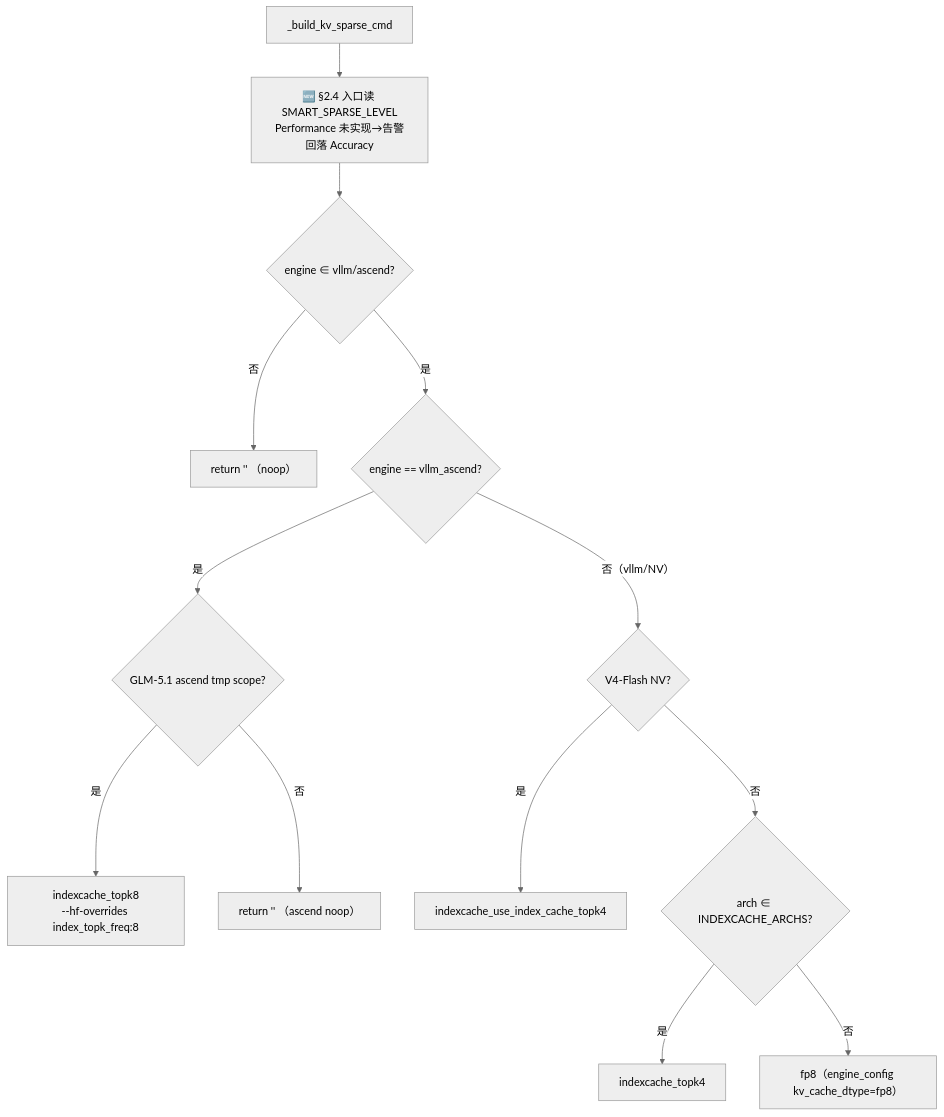
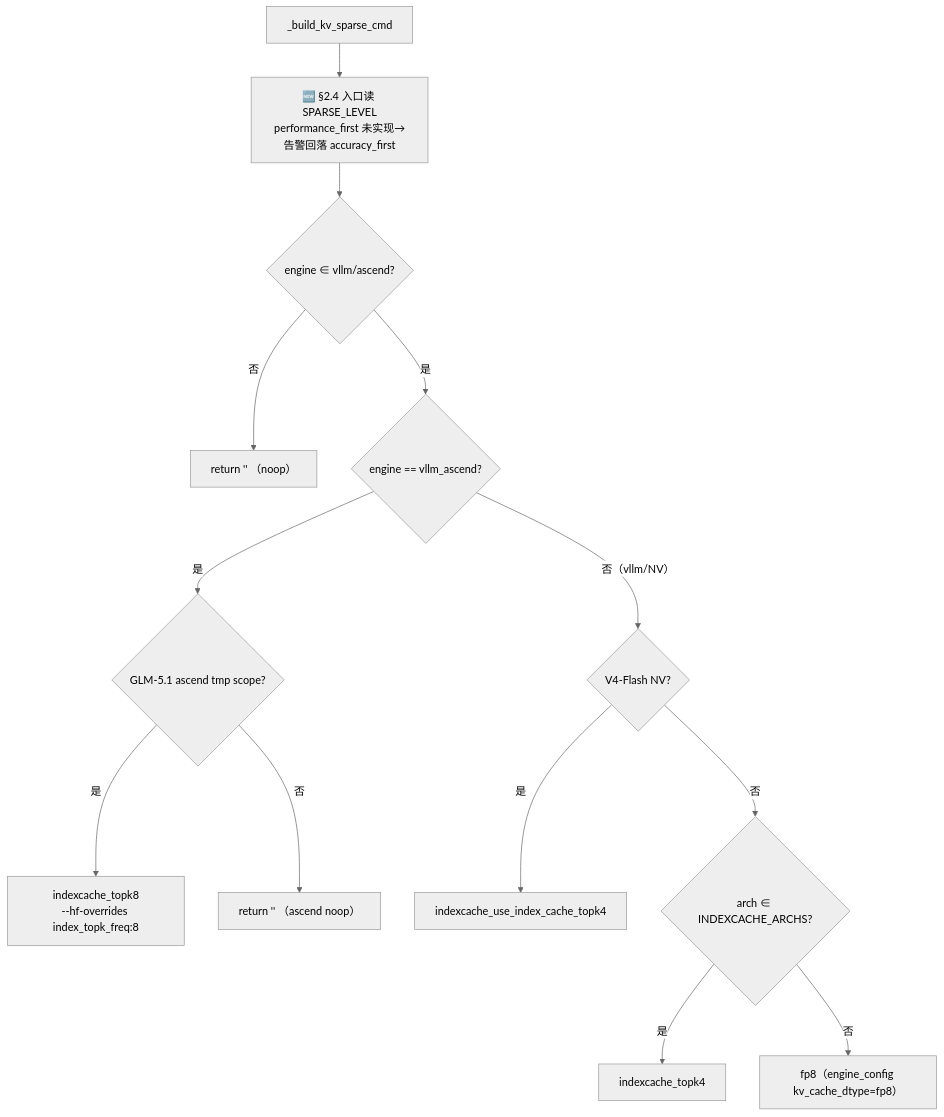
Before and after one commit to thegodloy-jpg/wings-control: the fourth of 20 diagrams in xuqiu/smart/需求一-三特性使能.md, drawn with Mermaid (neutral theme). The commit also changed other lines of this file, not shown here.

First line of the commit message:
docs(smart): 折叠评审批注定稿 SPARSE_LEVEL + auto 不下发 + C4 线性容量公式

````diff
--- a/xuqiu/smart/需求一-三特性使能.md
+++ b/xuqiu/smart/需求一-三特性使能.md
@@ -511,15 +510,15 @@
 ```mermaid
 flowchart TD
-  A["_build_kv_sparse_cmd"] --> S["🆕 §2.4 入口读 SMART_SPARSE_LEVEL<br/>Performance 未实现→告警回落 Accuracy"]
+  A["_build_kv_sparse_cmd"] --> S["🆕 §2.4 入口读 SPARSE_LEVEL<br/>performance_first 未实现→告警回落 accuracy_first"]
   S --> B{"engine ∈ vllm/ascend?"}
   B -- 否 --> R0["return '' （noop）"]
   B -- 是 --> C{"engine == vllm_ascend?"}
   C -- 是 --> D{"GLM-5.1 ascend tmp scope?"}
   D -- 是 --> Rg["indexcache_topk8<br/>--hf-overrides index_topk_freq:8"]
   D -- 否 --> Rn["return '' （ascend noop）"]
   C -- 否（vllm/NV） --> E{"V4-Flash NV?"}
   E -- 是 --> Rv["indexcache_use_index_cache_topk4"]
   E -- 否 --> F{"arch ∈ INDEXCACHE_ARCHS?"}
   F -- 是 --> Ri["indexcache_topk4"]
   F -- 否 --> Rf["fp8（engine_config kv_cache_dtype=fp8）"]
 ```
````
